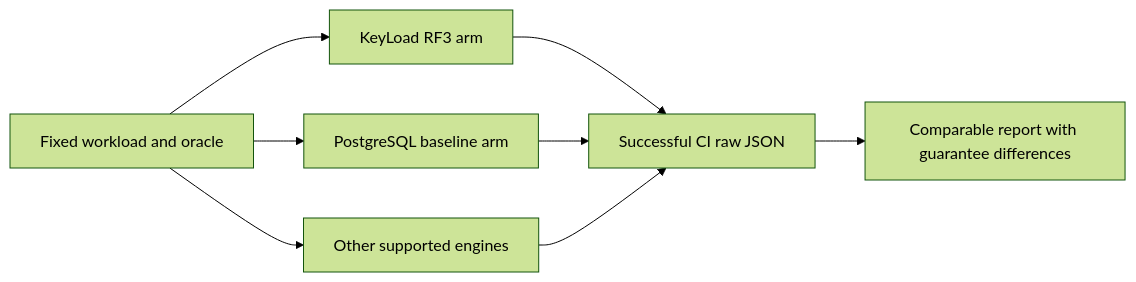
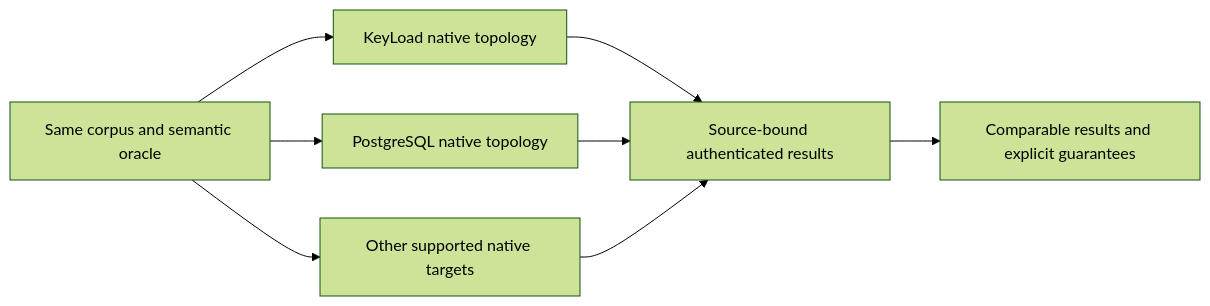
The diagram in docs/ADR/ADR-021-comparable-postgres-baseline.md (managedcode/KeyLoad), drawn with Mermaid (forest theme) before and after one commit. The commit also changed other lines of this file and 152 other files, not shown here.

````diff
--- a/docs/ADR/ADR-021-comparable-postgres-baseline.md
+++ b/docs/ADR/ADR-021-comparable-postgres-baseline.md
@@ -11,10 +12,10 @@
 ```mermaid
 flowchart LR
-    Workload[Fixed workload and oracle] --> KeyLoad[KeyLoad RF3 arm]
-    Workload --> Postgres[PostgreSQL baseline arm]
-    Workload --> Engines[Other supported engines]
-    KeyLoad --> Evidence[Successful CI raw JSON]
+    Workload[Same corpus and semantic oracle] --> KeyLoad[KeyLoad native topology]
+    Workload --> Postgres[PostgreSQL native topology]
+    Workload --> Other[Other supported native targets]
+    KeyLoad --> Evidence[Source-bound authenticated results]
     Postgres --> Evidence
-    Engines --> Evidence
-    Evidence --> Compare[Comparable report with guarantee differences]
+    Other --> Evidence
+    Evidence --> Compare[Comparable results and explicit guarantees]
 ```
````
